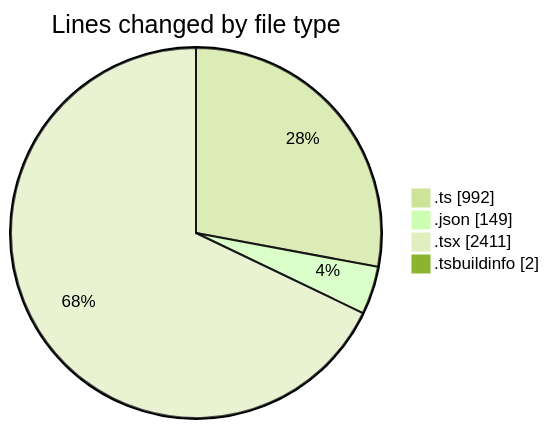
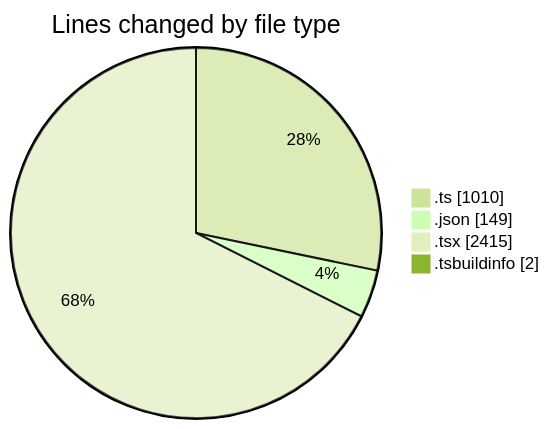
The first of 2 diagrams in 2025-02-20/mbc-web/README.md (robertbonfada/code-tracking), drawn with Mermaid (forest theme) before and after one commit. The commit also changed other lines of this file and 1 other file, not shown here.

````diff
--- a/2025-02-20/mbc-web/README.md
+++ b/2025-02-20/mbc-web/README.md
@@ -44,8 +45,8 @@
 ```mermaid
 pie showData
 title Lines changed by file type
-".ts" : 992
+".ts" : 1010
 ".json" : 149
-".tsx" : 2411
+".tsx" : 2415
 ".tsbuildinfo" : 2
 ```
````
